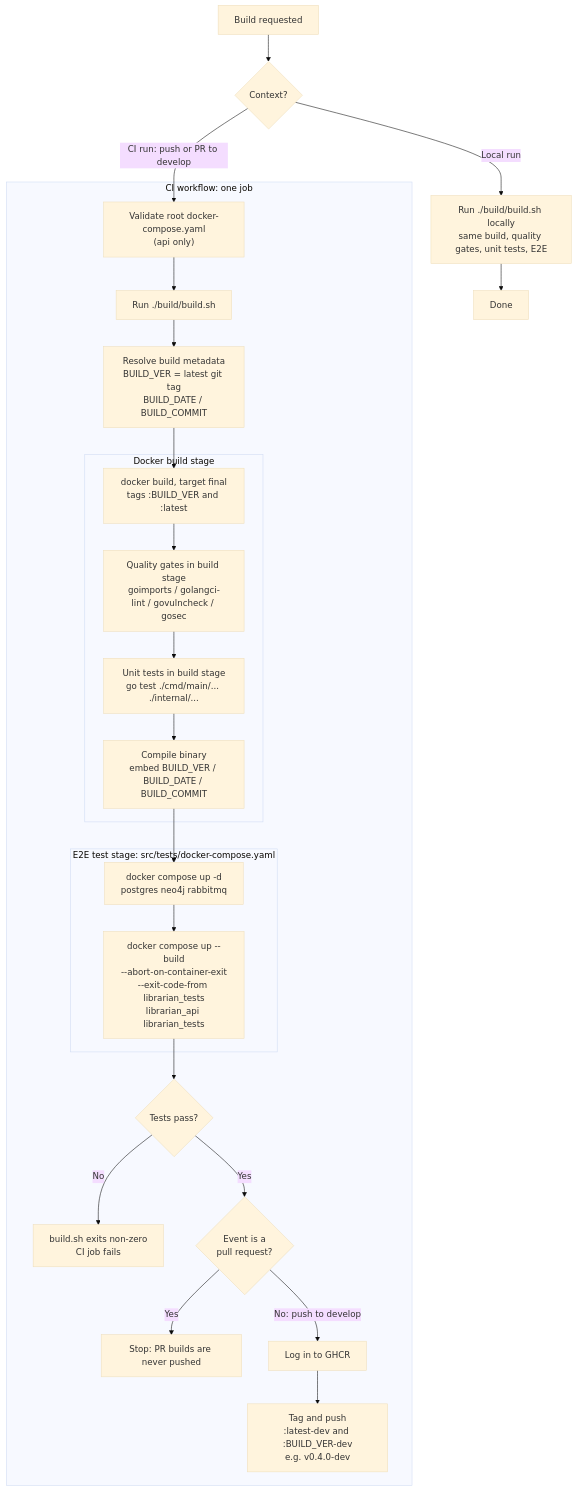
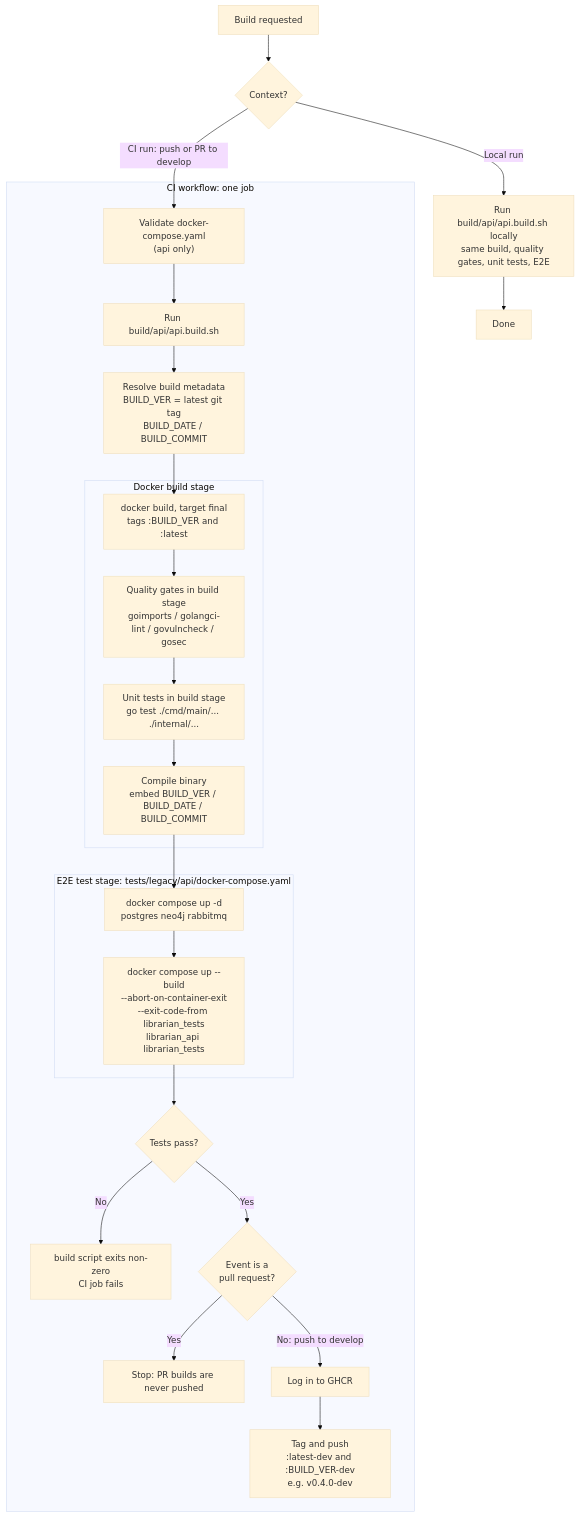
Before and after one commit to twistingmercury/mnemonic: the diagram in docs/design/diagrams/example-go-ci-cd-diagram.md, drawn with Mermaid (base theme). The commit also changed other lines of this file and 35 other files, not shown here.

````diff
--- a/docs/design/diagrams/example-go-ci-cd-diagram.md
+++ b/docs/design/diagrams/example-go-ci-cd-diagram.md
@@ -8,32 +8,32 @@
 ```mermaid
 flowchart TD
     A["Build requested"] --> K{"Context?"}
-    K -->|Local run| L["Run ./build/build.sh locally<br/>same build, quality gates, unit tests, E2E"]
+    K -->|Local run| L["Run build/api/api.build.sh locally<br/>same build, quality gates, unit tests, E2E"]
     L --> L1["Done"]
     K -->|"CI run: push or PR to develop"| V
 
     subgraph CI0[CI workflow: one job]
-    V["Validate root docker-compose.yaml<br/>(api only)"] --> B["Run ./build/build.sh"]
+    V["Validate docker-compose.yaml<br/>(api only)"] --> B["Run build/api/api.build.sh"]
     B --> B1["Resolve build metadata<br/>BUILD_VER = latest git tag<br/>BUILD_DATE / BUILD_COMMIT"]
     subgraph C0[Docker build stage]
     C["docker build, target final<br/>tags :BUILD_VER and :latest"] --> C1["Quality gates in build stage<br/>goimports / golangci-lint / govulncheck / gosec"]
     C1 --> C2["Unit tests in build stage<br/>go test ./cmd/main/... ./internal/..."]
     C2 --> C3["Compile binary<br/>embed BUILD_VER / BUILD_DATE / BUILD_COMMIT"]
     end
     B1 --> C
 
-    subgraph D0[E2E test stage: src/tests/docker-compose.yaml]
+    subgraph D0[E2E test stage: tests/legacy/api/docker-compose.yaml]
     E["docker compose up -d<br/>postgres neo4j rabbitmq"]
     G["docker compose up --build<br/>--abort-on-container-exit<br/>--exit-code-from librarian_tests<br/>librarian_api librarian_tests"]
     E --> G
     end
 
     C3 --> E
     G --> H{"Tests pass?"}
-    H -->|No| I["build.sh exits non-zero<br/>CI job fails"]
+    H -->|No| I["build script exits non-zero<br/>CI job fails"]
     H -->|Yes| N{"Event is a<br/>pull request?"}
     N -->|Yes| Q["Stop: PR builds are never pushed"]
     N -->|"No: push to develop"| O["Log in to GHCR"]
     O --> R["Tag and push<br/>:latest-dev and :BUILD_VER-dev<br/>e.g. v0.4.0-dev"]
     end
 ```
````
